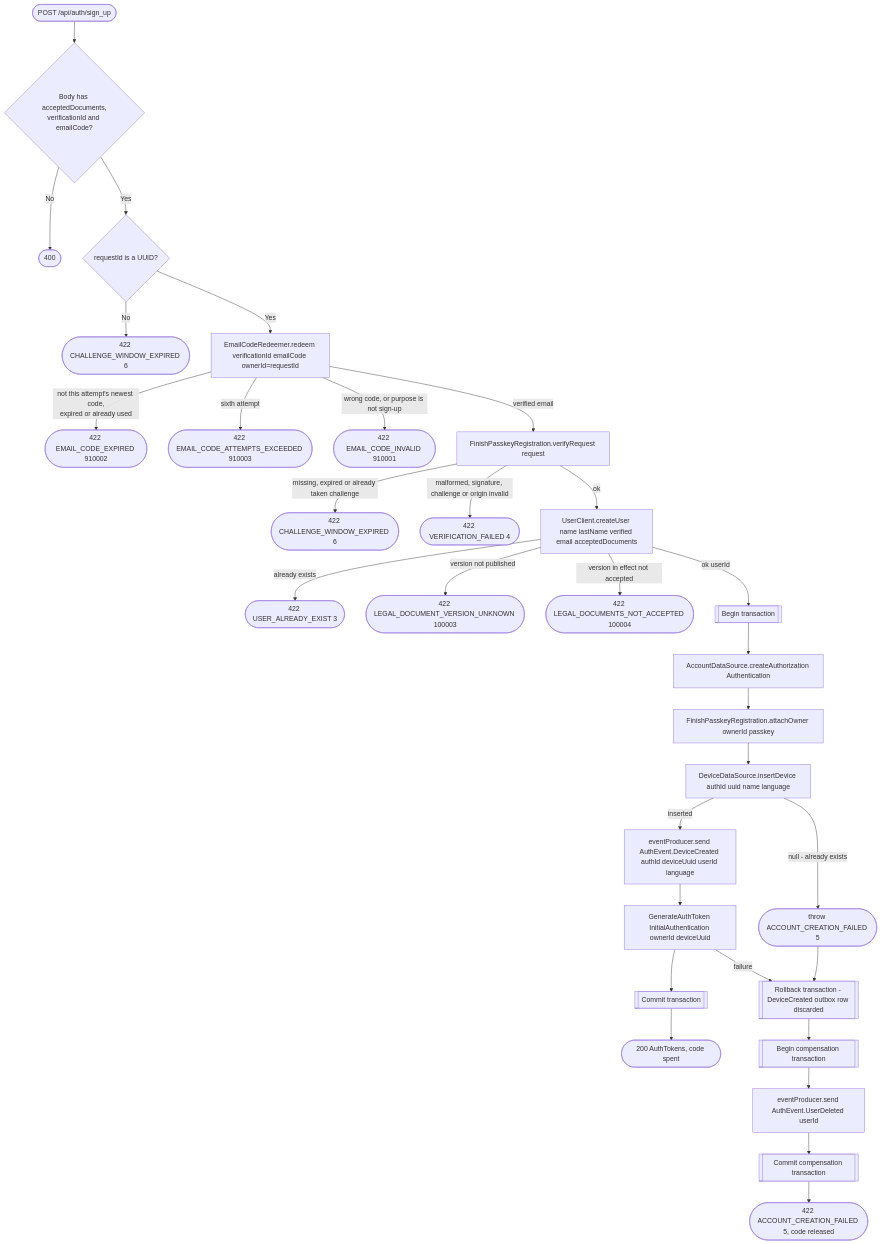
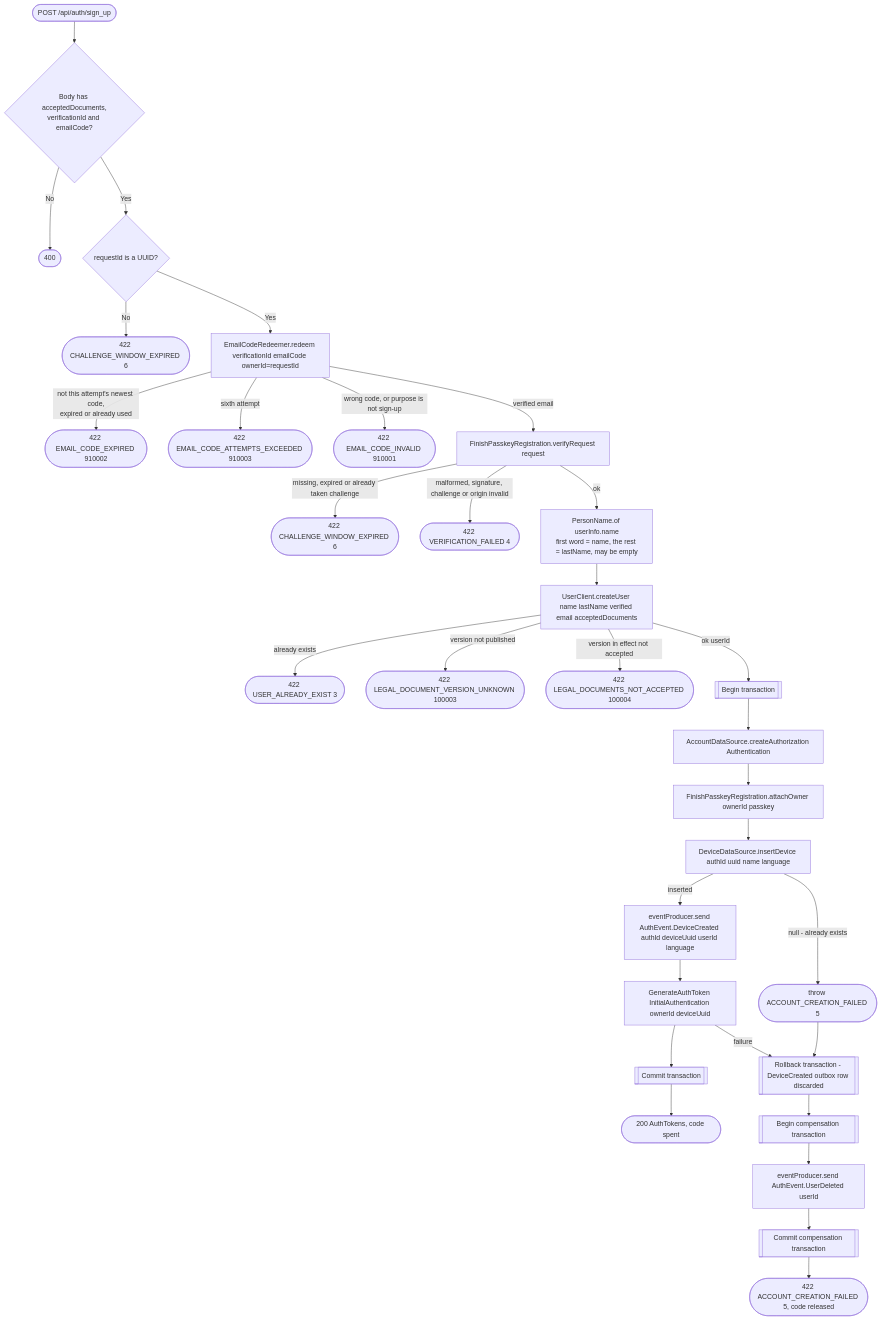
The diagram in docs/operations/authorization/sign-up.md (nocturneproperties/bookkme), drawn with Mermaid before and after one commit. The commit also changed other lines of this file and 17 other files, not shown here.

````diff
--- a/docs/operations/authorization/sign-up.md
+++ b/docs/operations/authorization/sign-up.md
@@ -32,33 +39,34 @@
 ```mermaid
 flowchart TD
     Start([POST /api/auth/sign_up]) --> Body{Body has acceptedDocuments,<br/>verificationId and emailCode?}
     Body -- No --> R400([400])
     Body -- Yes --> Owner{requestId is a UUID?}
     Owner -- No --> R422x([422 CHALLENGE_WINDOW_EXPIRED 6])
     Owner -- Yes --> Redeem[EmailCodeRedeemer.redeem verificationId emailCode ownerId=requestId]
     Redeem -- not this attempt's newest code,<br/>expired or already used --> R422g([422 EMAIL_CODE_EXPIRED 910002])
     Redeem -- sixth attempt --> R422h([422 EMAIL_CODE_ATTEMPTS_EXCEEDED 910003])
     Redeem -- wrong code, or purpose is not sign-up --> R422i([422 EMAIL_CODE_INVALID 910001])
     Redeem -- verified email --> Verify[FinishPasskeyRegistration.verifyRequest request]
     Verify -- missing, expired or already taken challenge --> R422a([422 CHALLENGE_WINDOW_EXPIRED 6])
     Verify -- malformed, signature, challenge or origin invalid --> R422b([422 VERIFICATION_FAILED 4])
-    Verify -- ok --> CreateUser[UserClient.createUser name lastName verified email acceptedDocuments]
+    Verify -- ok --> Split[PersonName.of userInfo.name<br/>first word = name, the rest = lastName, may be empty]
+    Split --> CreateUser[UserClient.createUser name lastName verified email acceptedDocuments]
     CreateUser -- already exists --> R422c([422 USER_ALREADY_EXIST 3])
     CreateUser -- version not published --> R422e([422 LEGAL_DOCUMENT_VERSION_UNKNOWN 100003])
     CreateUser -- version in effect not accepted --> R422f([422 LEGAL_DOCUMENTS_NOT_ACCEPTED 100004])
     CreateUser -- ok userId --> Tx[[Begin transaction]]
     Tx --> CreateAuth[AccountDataSource.createAuthorization Authentication]
     CreateAuth --> AttachOwner[FinishPasskeyRegistration.attachOwner ownerId passkey]
     AttachOwner --> InsertDevice[DeviceDataSource.insertDevice authId uuid name language]
     InsertDevice -- null - already exists --> Fail1([throw ACCOUNT_CREATION_FAILED 5])
     InsertDevice -- inserted --> DeviceEvent[eventProducer.send AuthEvent.DeviceCreated authId deviceUuid userId language]
     DeviceEvent --> GenToken[GenerateAuthToken InitialAuthentication ownerId deviceUuid]
     GenToken --> TxEnd[[Commit transaction]]
     GenToken -- failure --> Rollback
     TxEnd --> R200([200 AuthTokens, code spent])
     Fail1 --> Rollback[[Rollback transaction - DeviceCreated outbox row discarded]]
     Rollback --> CompTx[[Begin compensation transaction]]
     CompTx --> Compensate[eventProducer.send AuthEvent.UserDeleted userId]
     Compensate --> CompEnd[[Commit compensation transaction]]
     CompEnd --> R422d([422 ACCOUNT_CREATION_FAILED 5, code released])
 ```
````
